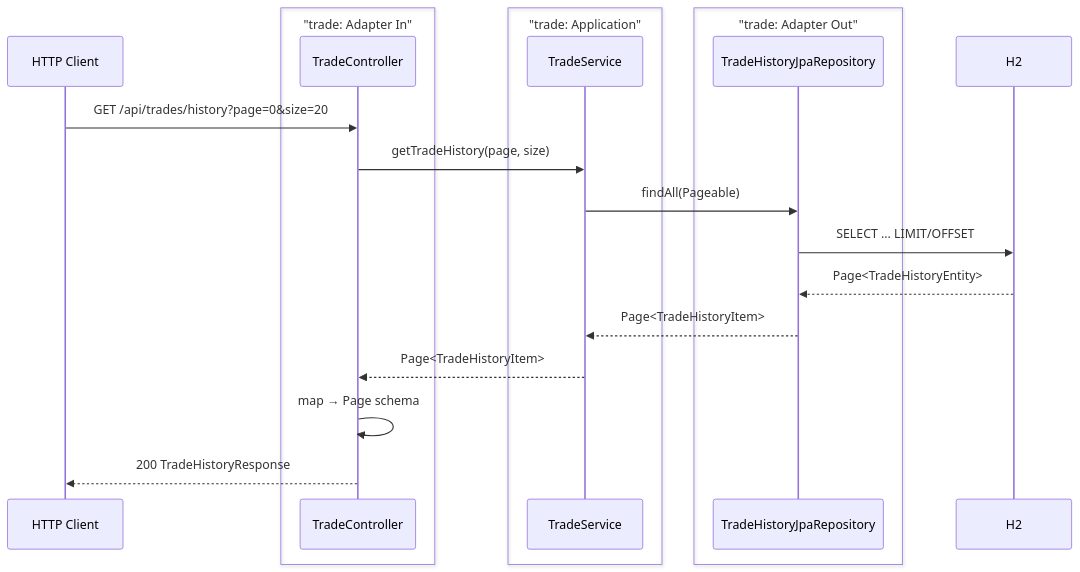
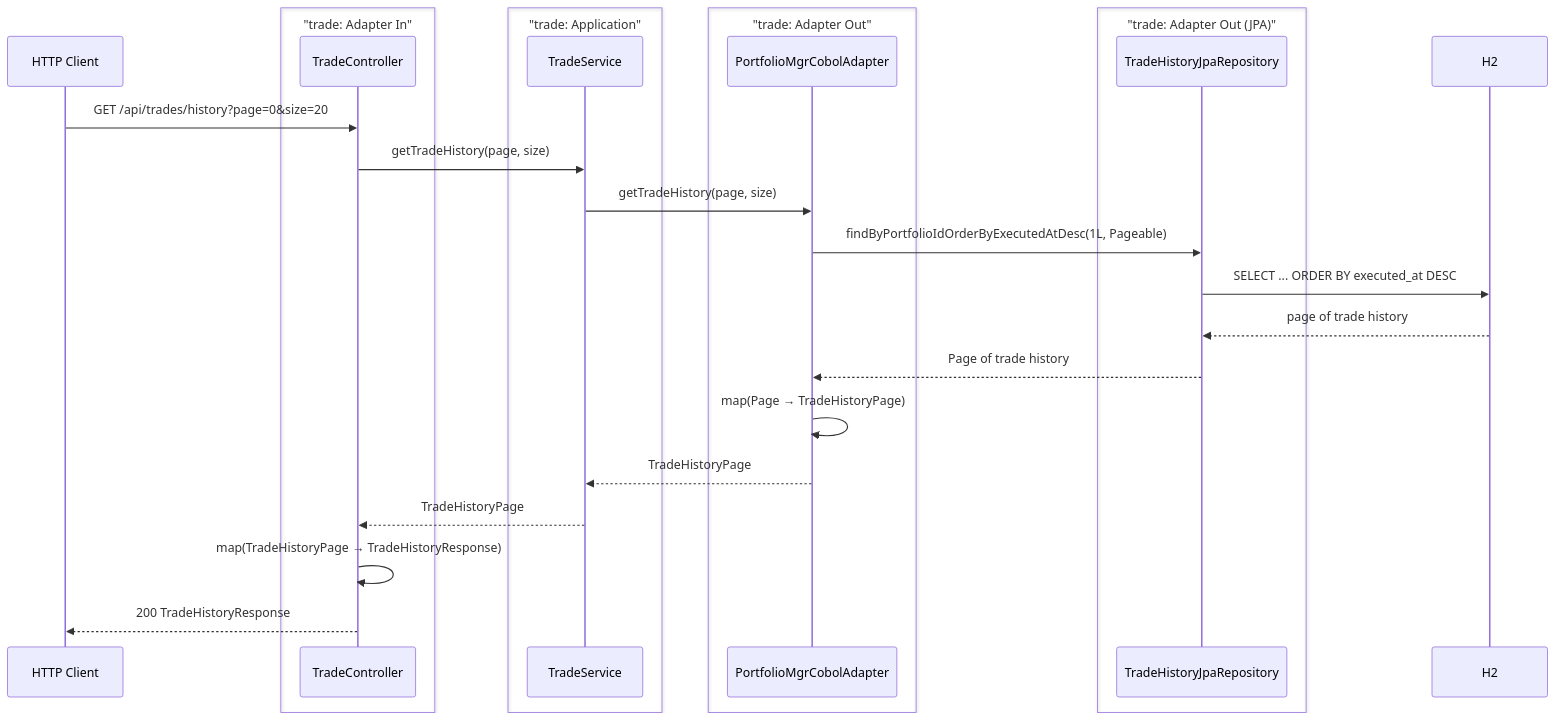
Before and after one commit to franBec/stonks-simulator: diagram 11 of 11 in stonks_java/README.md, drawn with Mermaid. The commit also changed other lines of this file and 5 other files, not shown here.

First line of the commit message:
Add OpenAPI spec + modulith wiring for trade execution and history

````diff
--- a/stonks_java/README.md
+++ b/stonks_java/README.md
@@ -447,24 +471,30 @@
 ```mermaid
 sequenceDiagram
     participant Client as HTTP Client
     box "trade: Adapter In"
     participant TC as TradeController
     end
     box "trade: Application"
     participant TS as TradeService
     end
     box "trade: Adapter Out"
+    participant PA as PortfolioMgrCobolAdapter
+    end
+    box "trade: Adapter Out (JPA)"
     participant THR as TradeHistoryJpaRepository
     end
     participant DB as H2
 
     Client->>TC: GET /api/trades/history?page=0&size=20
     TC->>TS: getTradeHistory(page, size)
-    TS->>THR: findAll(Pageable)
-    THR->>DB: SELECT ... LIMIT/OFFSET
-    DB-->>THR: Page<TradeHistoryEntity>
-    THR-->>TS: Page<TradeHistoryItem>
-    TS-->>TC: Page<TradeHistoryItem>
-    TC->>TC: map → Page schema
+    TS->>PA: getTradeHistory(page, size)
+    PA->>THR: findByPortfolioIdOrderByExecutedAtDesc(1L, Pageable)
+    THR->>DB: SELECT ... ORDER BY executed_at DESC
+    DB-->>THR: page of trade history
+    THR-->>PA: Page of trade history
+    PA->>PA: map(Page → TradeHistoryPage)
+    PA-->>TS: TradeHistoryPage
+    TS-->>TC: TradeHistoryPage
+    TC->>TC: map(TradeHistoryPage → TradeHistoryResponse)
     TC-->>Client: 200 TradeHistoryResponse
 ```
````
